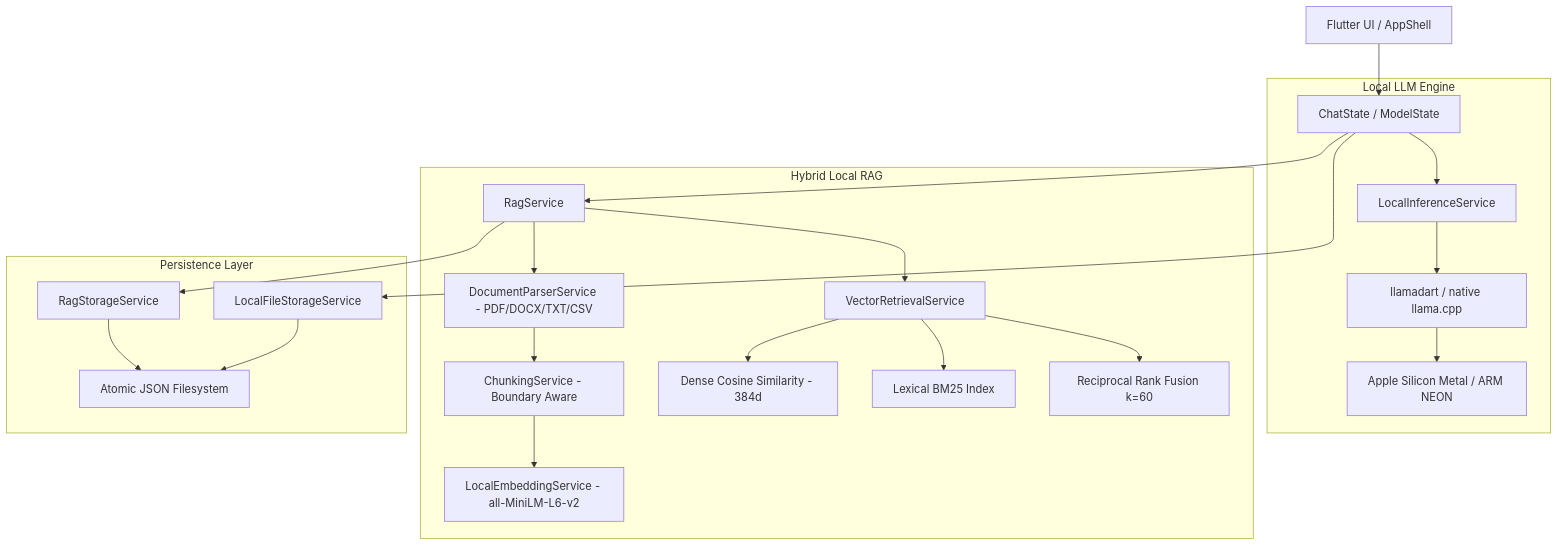
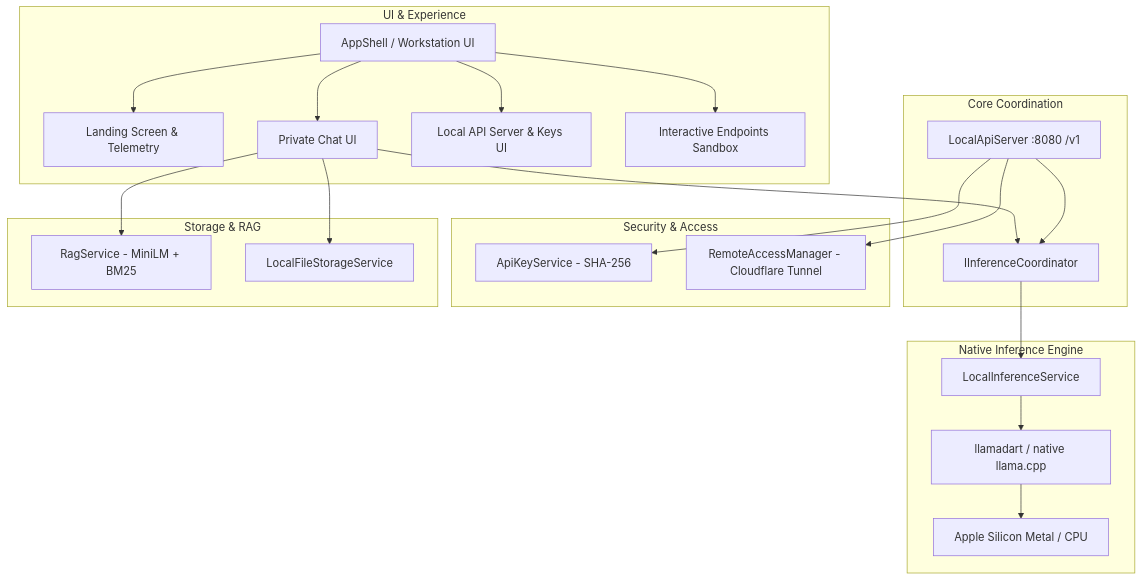
Before and after one commit to sdmazaharmehadi7/Your-Personal-LLM-API-Server: the diagram in README.md, drawn with Mermaid. The commit also changed other lines of this file, not shown here.

Commit message:
docs: add comprehensive README with clone & resume guide, API docs, and architecture

````diff
--- a/README.md
+++ b/README.md
@@ -115,29 +78,38 @@
 ```mermaid
 graph TD
-    UI[Flutter UI / AppShell] --> State[ChatState / ModelState]
-    
-    subgraph Local LLM Engine
-        State --> Inference[LocalInferenceService]
-        Inference --> LlamaDart[llamadart / native llama.cpp]
-        LlamaDart --> Metal[Apple Silicon Metal / ARM NEON]
+    subgraph UI & Experience
+        AppShell[AppShell / Workstation UI]
+        Landing[Landing Screen & Telemetry]
+        ChatUI[Private Chat UI]
+        SettingsUI[Local API Server & Keys UI]
+        SampleUI[Interactive Endpoints Sandbox]
+        AppShell --> Landing
+        AppShell --> ChatUI
+        AppShell --> SettingsUI
+        AppShell --> SampleUI
     end
 
-    subgraph Hybrid Local RAG
-        State --> Rag[RagService]
-        Rag --> Parser[DocumentParserService - PDF/DOCX/TXT/CSV]
-        Parser --> Chunker[ChunkingService - Boundary Aware]
-        Chunker --> Embedding[LocalEmbeddingService - all-MiniLM-L6-v2]
-        
-        Rag --> Retrieval[VectorRetrievalService]
-        Retrieval --> Cosine[Dense Cosine Similarity - 384d]
-        Retrieval --> BM25[Lexical BM25 Index]
-        Retrieval --> RRF[Reciprocal Rank Fusion k=60]
+    subgraph Core Coordination
+        Coordinator[IInferenceCoordinator]
+        ChatUI --> Coordinator
+        HttpServer[LocalApiServer :8080 /v1] --> Coordinator
     end
 
-    subgraph Persistence Layer
-        State --> Storage[LocalFileStorageService]
-        Rag --> RagStorage[RagStorageService]
-        Storage --> AtomicJSON[Atomic JSON Filesystem]
-        RagStorage --> AtomicJSON
+    subgraph Security & Access
+        ApiKeyService[ApiKeyService - SHA-256]
+        RemoteAccess[RemoteAccessManager - Cloudflare Tunnel]
+        HttpServer --> ApiKeyService
+        HttpServer --> RemoteAccess
+    end
+
+    subgraph Native Inference Engine
+        Coordinator --> InferenceService[LocalInferenceService]
+        InferenceService --> LlamaDart[llamadart / native llama.cpp]
+        LlamaDart --> Metal[Apple Silicon Metal / CPU]
+    end
+
+    subgraph Storage & RAG
+        ChatUI --> RagService[RagService - MiniLM + BM25]
+        ChatUI --> Storage[LocalFileStorageService]
     end
 ```
````
